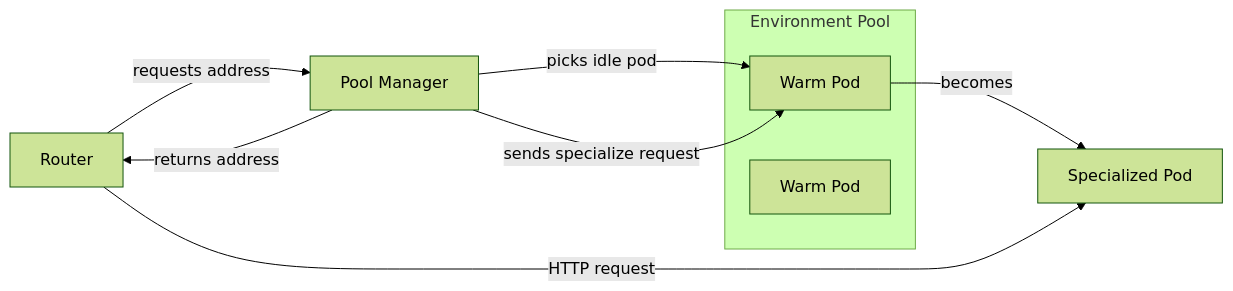
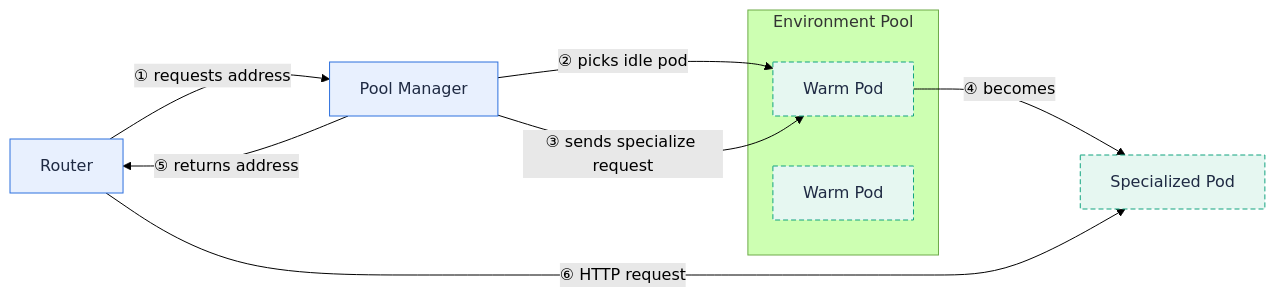
The first of 4 diagrams in content/en/docs/concepts/executors.md (fission/fission.io), drawn with Mermaid (forest theme) before and after one commit. The commit also changed other lines of this file and 30 other files, not shown here.

First line of the commit message:
Address PR feedback: zoomable diagrams, multi-color kit, centering, preview links

````diff
--- a/content/en/docs/concepts/executors.md
+++ b/content/en/docs/concepts/executors.md
@@ -40,13 +40,16 @@
 ```mermaid
 flowchart LR
-  router["Router"] -->|"requests address"| pm["Pool Manager"]
+  router["Router"]:::fission -->|"① requests address"| pm["Pool Manager"]:::fission
   subgraph pool["Environment Pool"]
-    warm1["Warm Pod"]
-    warm2["Warm Pod"]
+    warm1["Warm Pod"]:::pod
+    warm2["Warm Pod"]:::pod
   end
-  pm -->|"picks idle pod"| warm1
-  pm -->|"sends specialize request"| warm1
-  warm1 -->|"becomes"| spec["Specialized Pod"]
-  pm -->|"returns address"| router
-  router -->|"HTTP request"| spec
+  pm -->|"② picks idle pod"| warm1
+  pm -->|"③ sends specialize request"| warm1
+  warm1 -->|"④ becomes"| spec["Specialized Pod"]:::pod
+  pm -->|"⑤ returns address"| router
+  router -->|"⑥ HTTP request"| spec
+
+  classDef fission fill:#e8f0fe,stroke:#2d70de,color:#1f2a43
+  classDef pod fill:#e6f7f1,stroke:#11a37f,color:#1f2a43,stroke-dasharray:5 3
 ```
````
